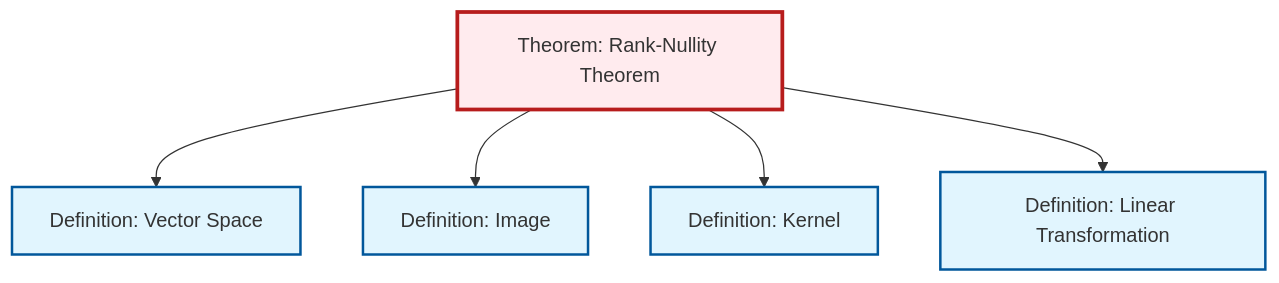
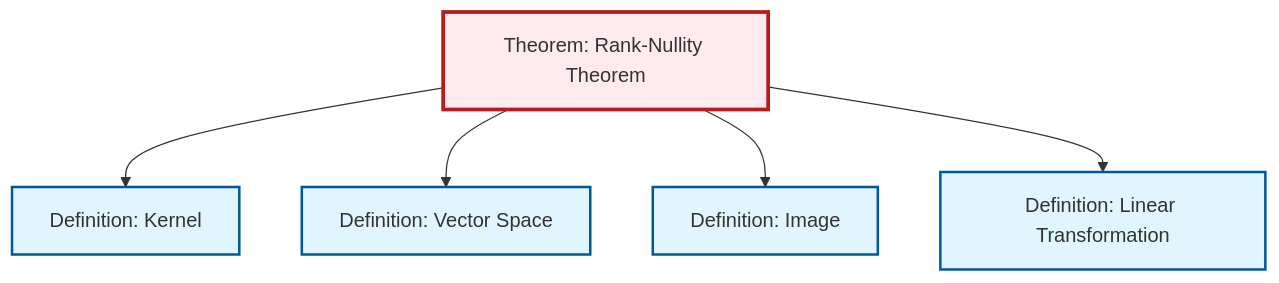
One commit to RK0429/ModernMath changed the diagram in content/en/algebra/thm-rank-nullity.qmd. Above: the diagram before and after it, drawn with Mermaid. The commit also changed other lines of this file and 203 other files, not shown here.

````diff
--- a/content/en/algebra/thm-rank-nullity.qmd
+++ b/content/en/algebra/thm-rank-nullity.qmd
@@ -55,24 +55,19 @@
 ```{mermaid}
 %%| fig-cap: "Local dependency graph"
 graph TD
     classDef definition fill:#e1f5fe,stroke:#01579b,stroke-width:2px
     classDef theorem fill:#f3e5f5,stroke:#4a148c,stroke-width:2px
     classDef axiom fill:#fff3e0,stroke:#e65100,stroke-width:2px
     classDef example fill:#e8f5e9,stroke:#1b5e20,stroke-width:2px
     classDef current fill:#ffebee,stroke:#b71c1c,stroke-width:3px
+    def-kernel["Definition: Kernel"]:::definition
+    def-linear-transformation["Definition: Linear Transformation"]:::definition
     thm-rank-nullity["Theorem: Rank-Nullity Theorem"]:::theorem
+    def-vector-space["Definition: Vector Space"]:::definition
     def-image["Definition: Image"]:::definition
-    def-linear-transformation["Definition: Linear Transformation"]:::definition
-    def-vector-space["Definition: Vector Space"]:::definition
-    def-kernel["Definition: Kernel"]:::definition
+    thm-rank-nullity --> def-kernel
     thm-rank-nullity --> def-vector-space
     thm-rank-nullity --> def-image
-    thm-rank-nullity --> def-kernel
     thm-rank-nullity --> def-linear-transformation
     class thm-rank-nullity current
-
-    click def-image "def-image.html" "Go to Image definition"
-    click def-linear-transformation "def-linear-transformation.html" "Go to Linear Transformation definition"
-    click def-vector-space "def-vector-space.html" "Go to Vector Space definition"
-    click def-kernel "def-kernel.html" "Go to Kernel definition"
 ```
````
